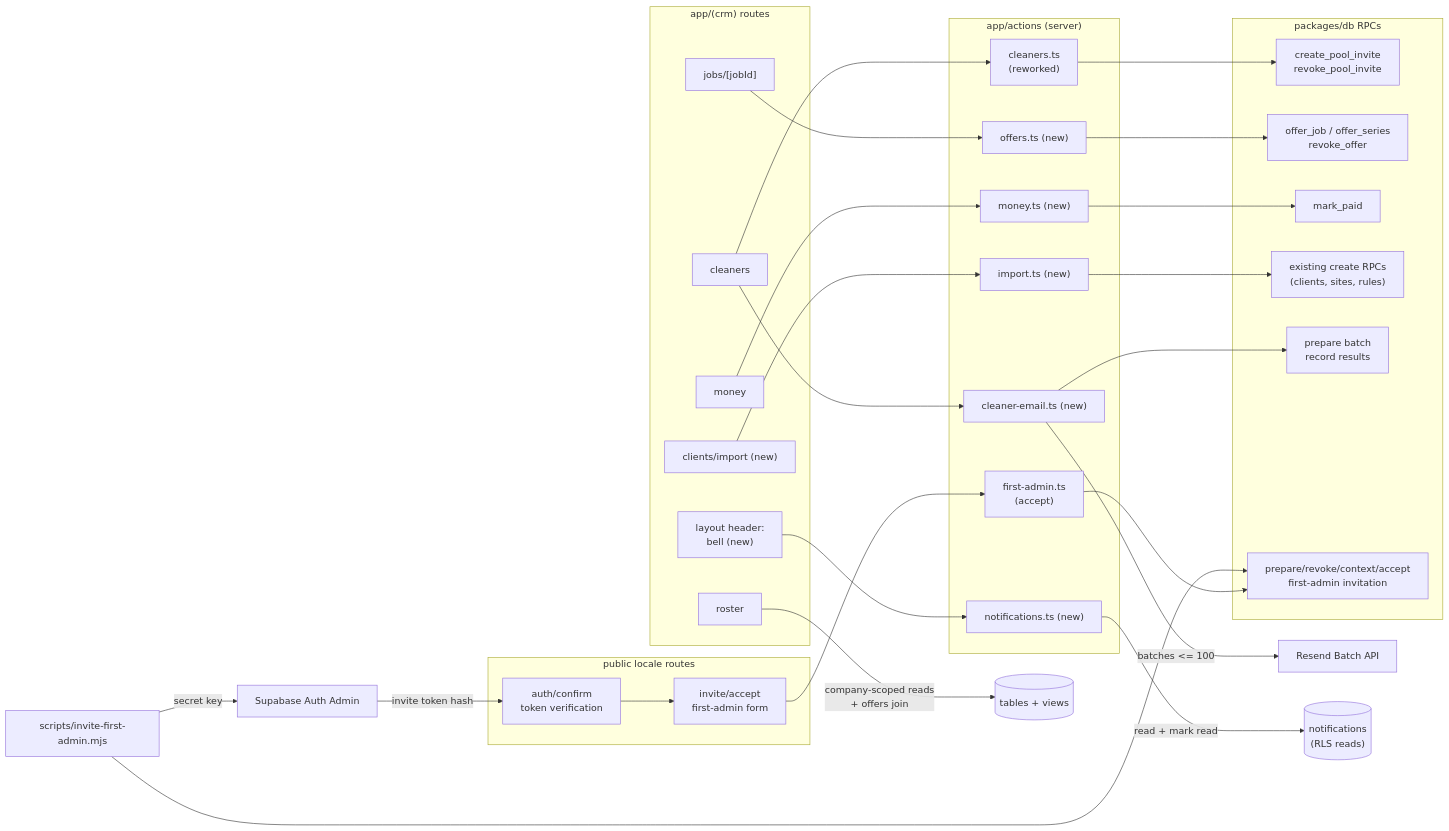
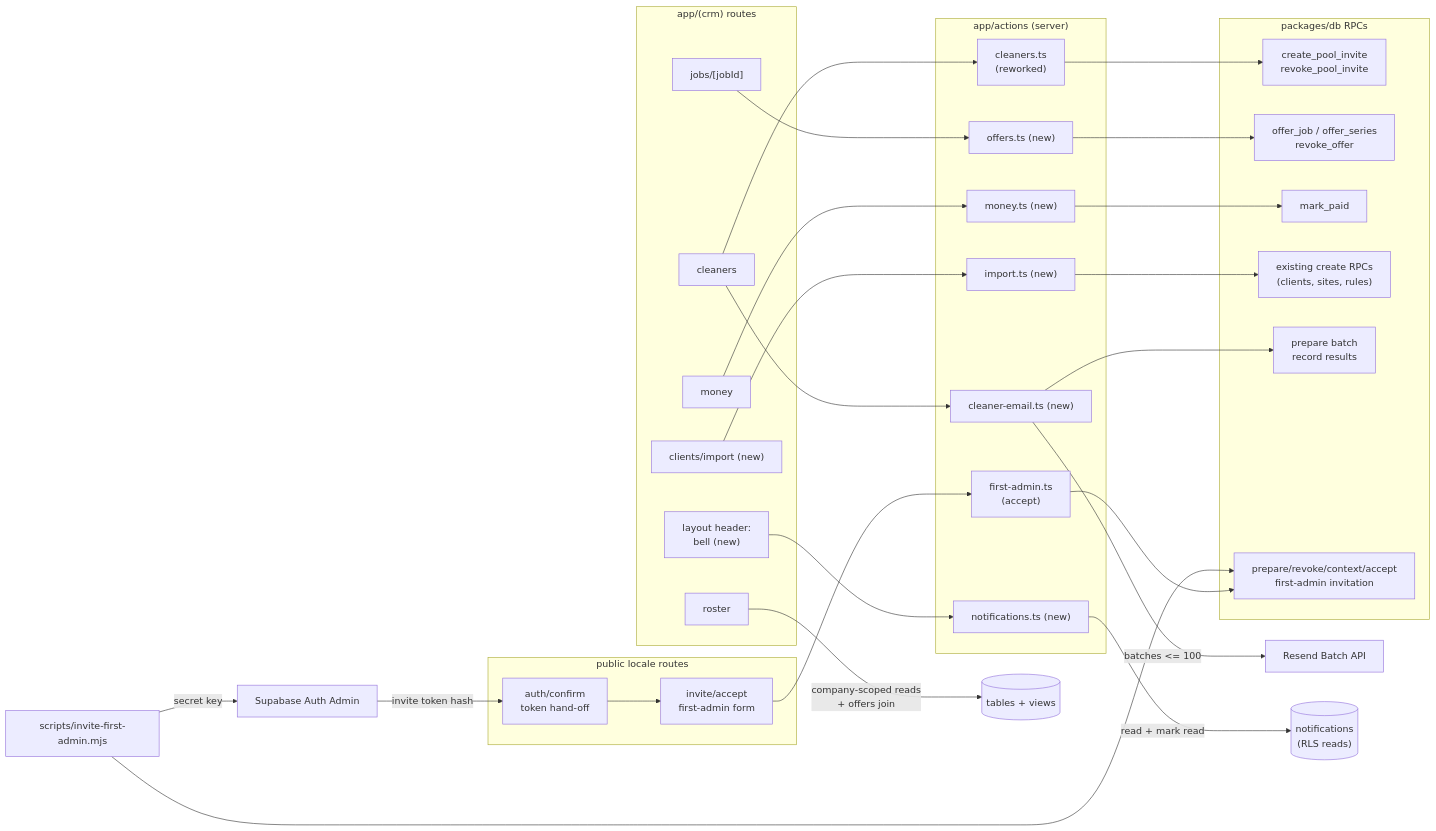
Before and after one commit to lspinheiro/clean_app_crm: the first of 4 diagrams in docs/design/phase-a-adoption/lld-crm.md, drawn with Mermaid. The commit also changed other lines of this file and 12 other files, not shown here.

````diff
--- a/docs/design/phase-a-adoption/lld-crm.md
+++ b/docs/design/phase-a-adoption/lld-crm.md
@@ -53,44 +56,44 @@
 ```mermaid
 flowchart LR
     subgraph routes["app/(crm) routes"]
         RCLEANERS["cleaners"]
         RJOB["jobs/[jobId]"]
         RROSTER["roster"]
         RMONEY["money"]
         RIMP["clients/import (new)"]
         RBELL["layout header:<br/>bell (new)"]
     end
     subgraph publicRoutes["public locale routes"]
-        RCONF["auth/confirm<br/>token verification"]
+        RCONF["auth/confirm<br/>token hand-off"]
         RACCEPT["invite/accept<br/>first-admin form"]
     end
     FCLI["scripts/invite-first-admin.mjs"]
     subgraph actions["app/actions (server)"]
         ACLEANERS["cleaners.ts<br/>(reworked)"]
         AOFF["offers.ts (new)"]
         AMONEY["money.ts (new)"]
         AIMP["import.ts (new)"]
         ANOTIF["notifications.ts (new)"]
         AEMAIL["cleaner-email.ts (new)"]
         AADMIN["first-admin.ts<br/>(accept)"]
     end
     subgraph rpcs["packages/db RPCs"]
         R1["create_pool_invite<br/>revoke_pool_invite"]
         R2["offer_job / offer_series<br/>revoke_offer"]
         R3["mark_paid"]
         R4["existing create RPCs<br/>(clients, sites, rules)"]
         R5["prepare batch<br/>record results"]
         R6["prepare/revoke/context/accept<br/>first-admin invitation"]
     end
     FCLI -->|"secret key"| SAUTH["Supabase Auth Admin"]
     FCLI --> R6
     SAUTH -->|"invite token hash"| RCONF --> RACCEPT --> AADMIN --> R6
     RCLEANERS --> ACLEANERS --> R1
     RJOB --> AOFF --> R2
     RMONEY --> AMONEY --> R3
     RIMP --> AIMP --> R4
     RCLEANERS --> AEMAIL --> R5
     AEMAIL -->|"batches <= 100"| RESEND["Resend Batch API"]
     RBELL --> ANOTIF -->|read + mark read| NDB[("notifications<br/>(RLS reads)")]
     RROSTER -->|company-scoped reads<br/>+ offers join| VDB[("tables + views")]
 ```
````
